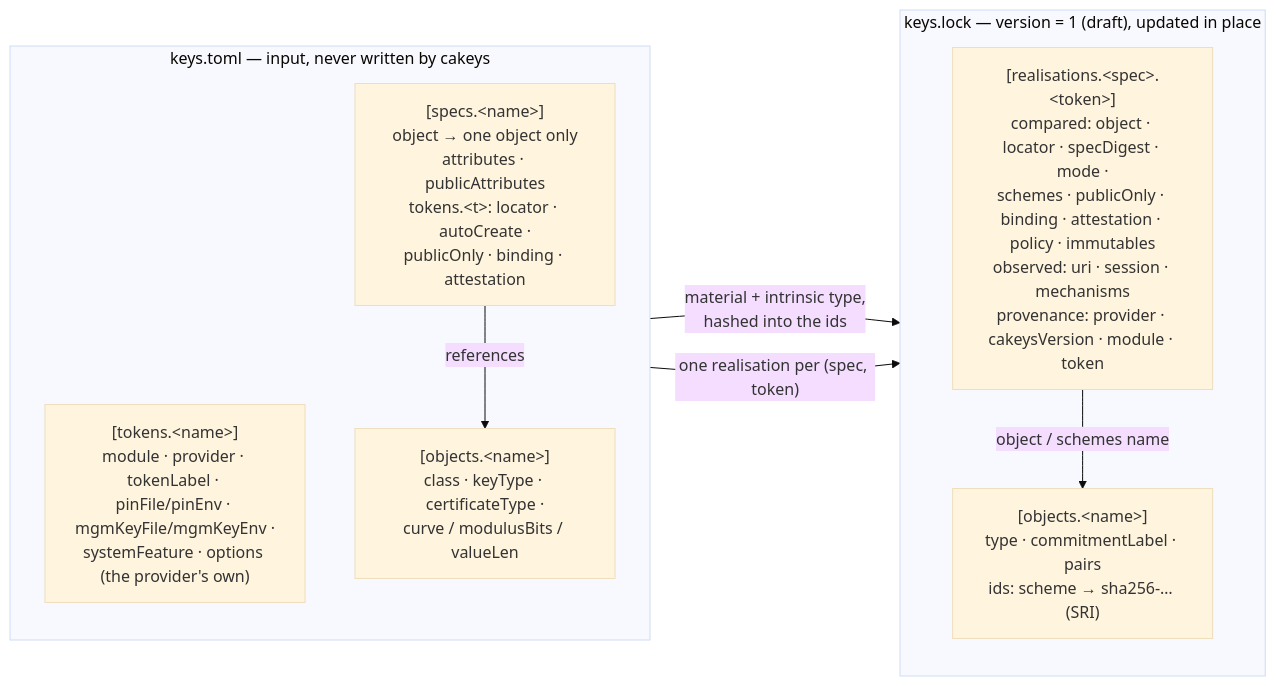
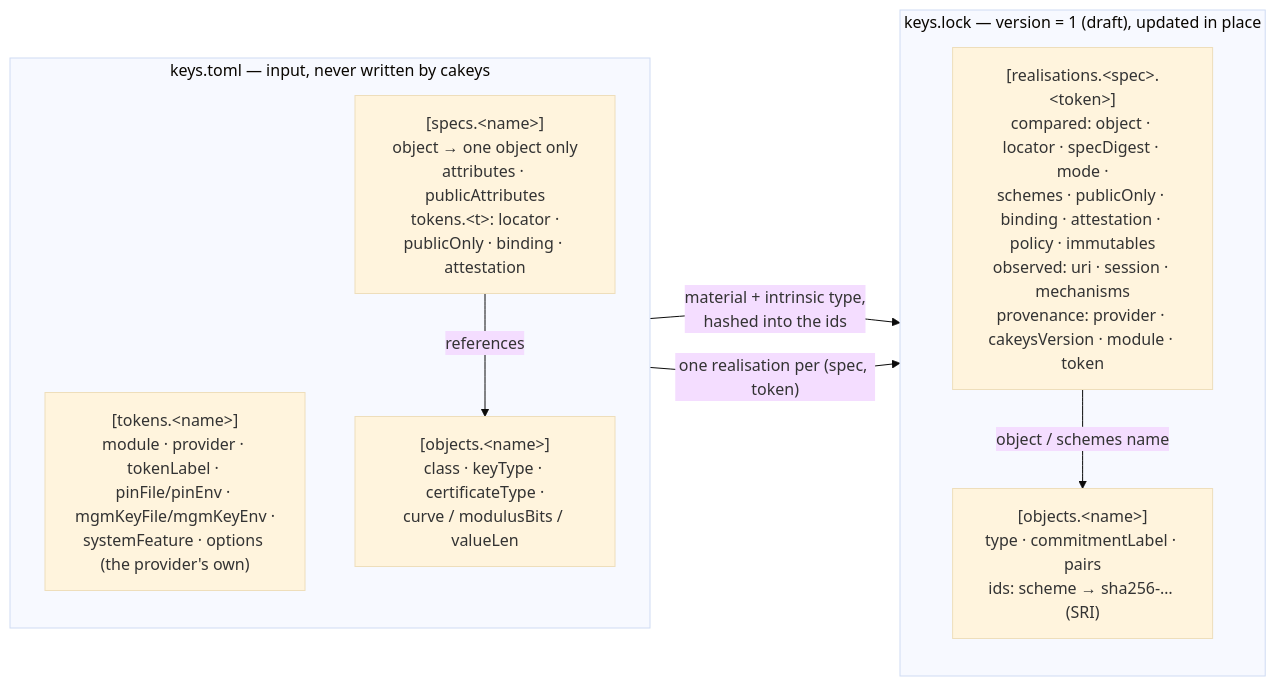
One commit to Princemachiavelli/cakeys changed the first of 5 diagrams in docs/diagrams.md. Above: the diagram before and after it, drawn with Mermaid (base theme). The commit also changed other lines of this file and 32 other files, not shown here.

First line of the commit message:
check is a read; only create makes keys; autoCreate is gone (review V1, V2)

````diff
--- a/docs/diagrams.md
+++ b/docs/diagrams.md
@@ -12,20 +12,20 @@
 ```mermaid
 flowchart LR
     subgraph TOML["keys.toml — input, never written by cakeys"]
         direction TB
         T["[tokens.&lt;name&gt;]<br/>module · provider · tokenLabel · pinFile/pinEnv · mgmKeyFile/mgmKeyEnv ·<br/>systemFeature · options (the provider's own)"]
         O["[objects.&lt;name&gt;]<br/>class · keyType · certificateType ·<br/>curve / modulusBits / valueLen"]
-        S["[specs.&lt;name&gt;]<br/>object → one object only<br/>attributes · publicAttributes<br/>tokens.&lt;t&gt;: locator · autoCreate ·<br/>publicOnly · binding · attestation"]
+        S["[specs.&lt;name&gt;]<br/>object → one object only<br/>attributes · publicAttributes<br/>tokens.&lt;t&gt;: locator ·<br/>publicOnly · binding · attestation"]
         S -- references --> O
     end
 
     subgraph LOCK["keys.lock — version = 1 (draft), updated in place"]
         direction TB
         LO["[objects.&lt;name&gt;]<br/>type · commitmentLabel · pairs<br/>ids: scheme → sha256-… (SRI)"]
         LR["[realisations.&lt;spec&gt;.&lt;token&gt;]<br/>compared: object · locator · specDigest · mode ·<br/>schemes · publicOnly · binding · attestation · policy · immutables<br/>observed: uri · session · mechanisms<br/>provenance: provider · cakeysVersion · module · token"]
         LR -- "object / schemes name" --> LO
     end
 
     O -- "material + intrinsic type,<br/>hashed into the ids" --> LO
     S -- "one realisation per (spec, token)" --> LR
 ```
````
